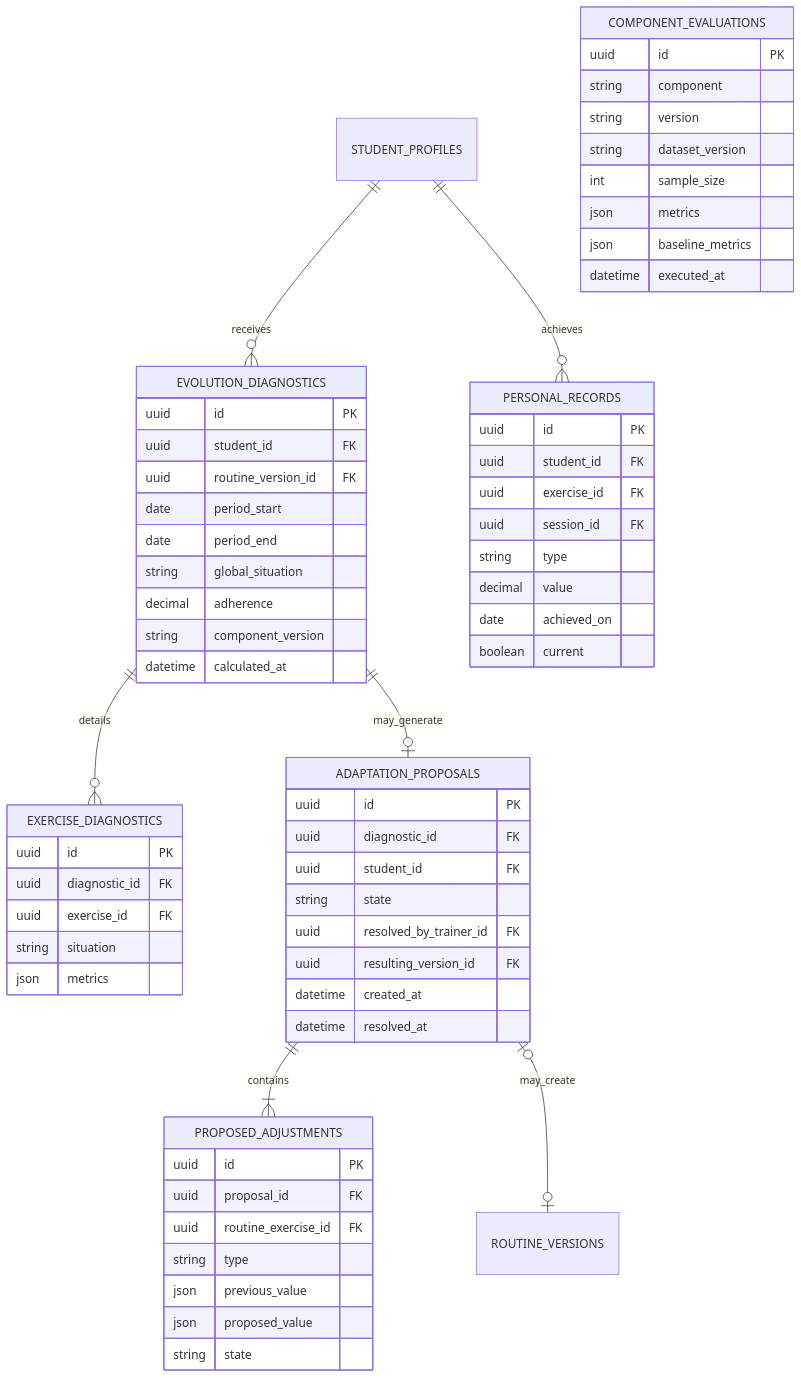
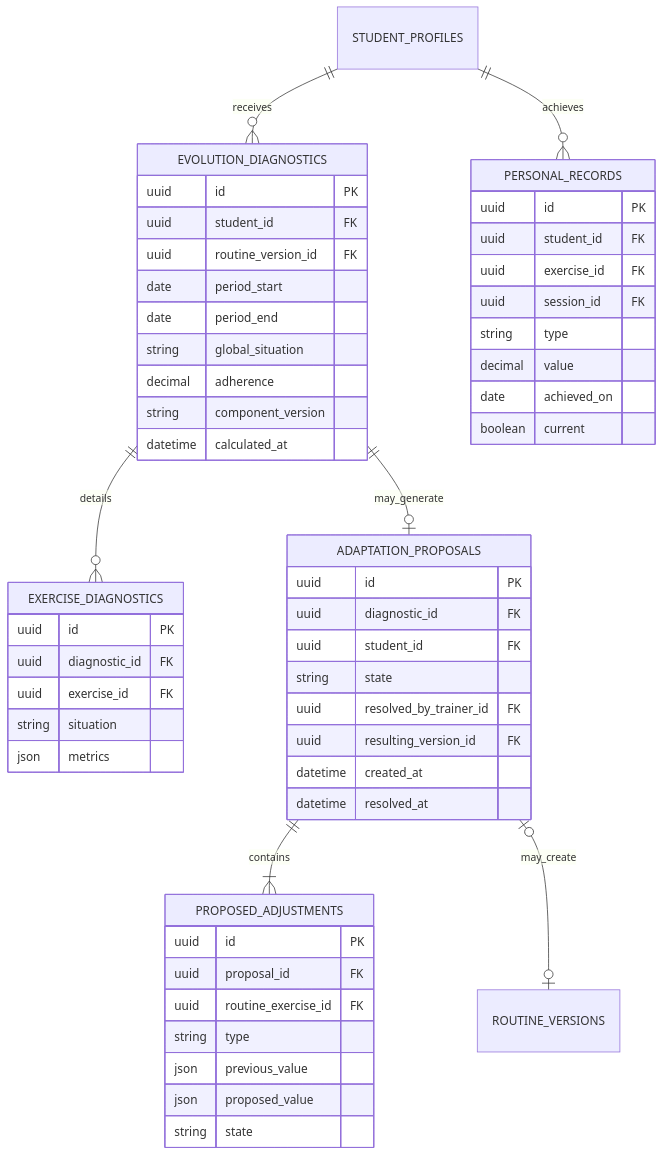
The ninth of 9 diagrams in architecture/database-relational-model.md (Maico-Zurbriggen/proyecto-gimnasio-documentacion), drawn with Mermaid before and after one commit. The commit also changed other lines of this file and 12 other files, not shown here.

````diff
--- a/architecture/database-relational-model.md
+++ b/architecture/database-relational-model.md
@@ -654,67 +608,57 @@
 ```mermaid
 erDiagram
     STUDENT_PROFILES ||--o{ EVOLUTION_DIAGNOSTICS : receives
     EVOLUTION_DIAGNOSTICS ||--o{ EXERCISE_DIAGNOSTICS : details
     EVOLUTION_DIAGNOSTICS ||--o| ADAPTATION_PROPOSALS : may_generate
     ADAPTATION_PROPOSALS ||--|{ PROPOSED_ADJUSTMENTS : contains
     ADAPTATION_PROPOSALS o|--o| ROUTINE_VERSIONS : may_create
     STUDENT_PROFILES ||--o{ PERSONAL_RECORDS : achieves
 
     EVOLUTION_DIAGNOSTICS {
         uuid id PK
         uuid student_id FK
         uuid routine_version_id FK
         date period_start
         date period_end
         string global_situation
         decimal adherence
         string component_version
         datetime calculated_at
     }
     EXERCISE_DIAGNOSTICS {
         uuid id PK
         uuid diagnostic_id FK
         uuid exercise_id FK
         string situation
         json metrics
     }
     ADAPTATION_PROPOSALS {
         uuid id PK
         uuid diagnostic_id FK
         uuid student_id FK
         string state
         uuid resolved_by_trainer_id FK
         uuid resulting_version_id FK
         datetime created_at
         datetime resolved_at
     }
     PROPOSED_ADJUSTMENTS {
         uuid id PK
         uuid proposal_id FK
         uuid routine_exercise_id FK
         string type
         json previous_value
         json proposed_value
         string state
     }
     PERSONAL_RECORDS {
         uuid id PK
         uuid student_id FK
         uuid exercise_id FK
         uuid session_id FK
         string type
         decimal value
         date achieved_on
         boolean current
     }
-    COMPONENT_EVALUATIONS {
-        uuid id PK
-        string component
-        string version
-        string dataset_version
-        int sample_size
-        json metrics
-        json baseline_metrics
-        datetime executed_at
-    }
 ```
````
